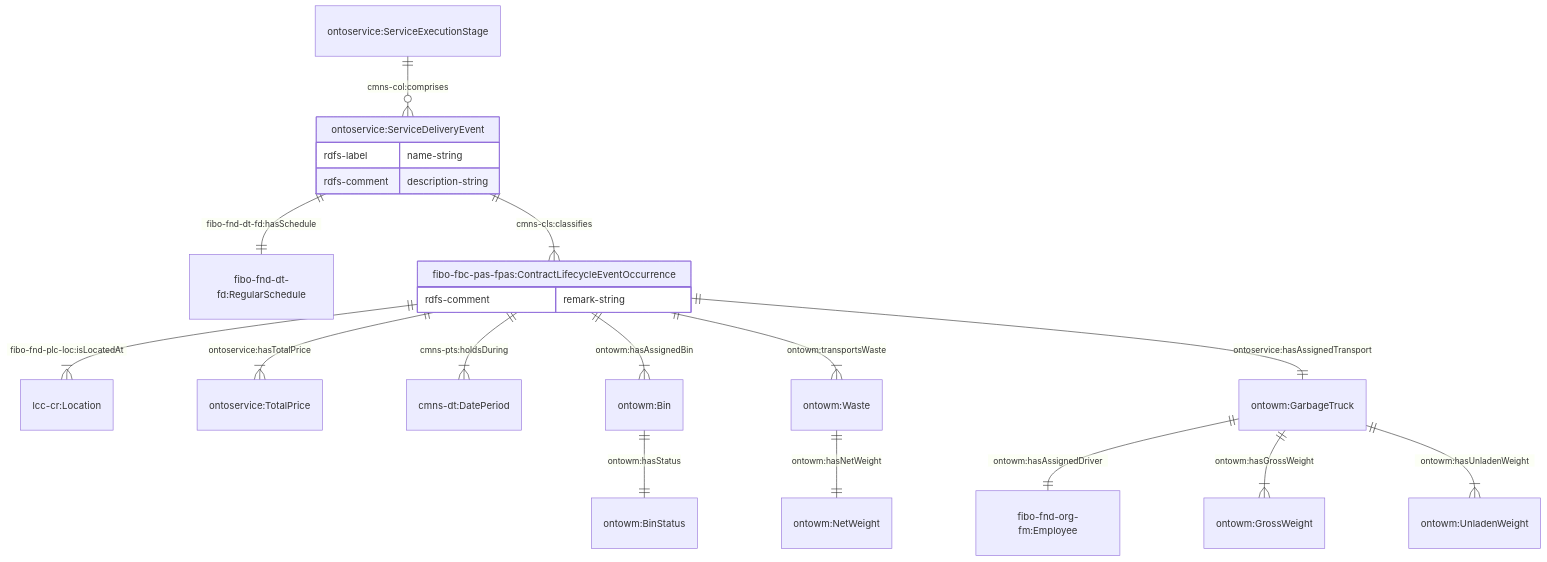
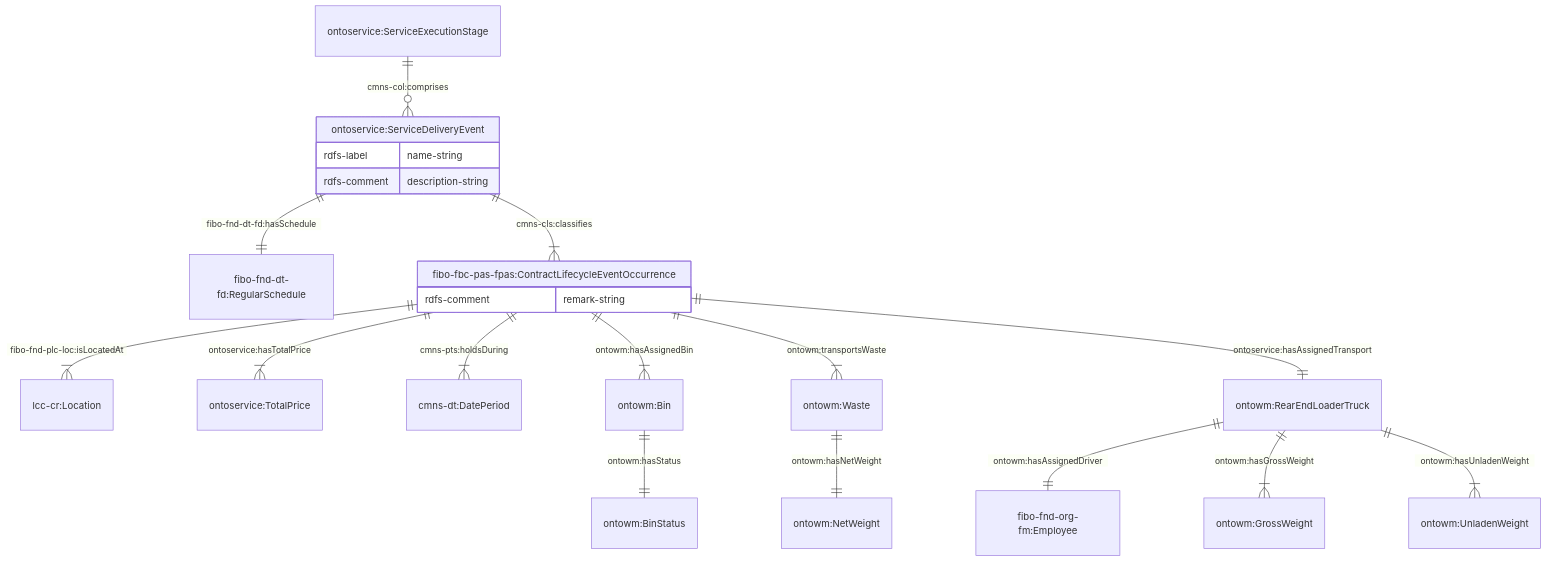
The fourth of 9 diagrams in JPS_Ontology/ontology/ontowastemanagement/README.md (cambridge-cares/TheWorldAvatar), drawn with Mermaid before and after one commit. The commit also changed other lines of this file and 2 other files, not shown here.

Commit message:
dev-ontowastemanagement: Changed description of bin length and truck according to comments

````diff
--- a/JPS_Ontology/ontology/ontowastemanagement/README.md
+++ b/JPS_Ontology/ontology/ontowastemanagement/README.md
@@ -213,28 +213,27 @@
 ```mermaid
     erDiagram
     "ontoservice:ServiceExecutionStage" ||--o{ "ontoservice:ServiceDeliveryEvent" : "cmns-col:comprises"
     "ontoservice:ServiceDeliveryEvent" {
         rdfs-label name-string
         rdfs-comment description-string
     }
     "ontoservice:ServiceDeliveryEvent" ||--|| "fibo-fnd-dt-fd:RegularSchedule" : "fibo-fnd-dt-fd:hasSchedule"
     "ontoservice:ServiceDeliveryEvent" ||--|{ "fibo-fbc-pas-fpas:ContractLifecycleEventOccurrence" : "cmns-cls:classifies"
     "fibo-fbc-pas-fpas:ContractLifecycleEventOccurrence" ||--|{ "lcc-cr:Location" : "fibo-fnd-plc-loc:isLocatedAt"
     "fibo-fbc-pas-fpas:ContractLifecycleEventOccurrence" ||--|{ "ontoservice:TotalPrice" : "ontoservice:hasTotalPrice"
     "fibo-fbc-pas-fpas:ContractLifecycleEventOccurrence" ||--|{ " cmns-dt:DatePeriod" : "cmns-pts:holdsDuring"
     "fibo-fbc-pas-fpas:ContractLifecycleEventOccurrence" {
         rdfs-comment remark-string
     }
 
     "fibo-fbc-pas-fpas:ContractLifecycleEventOccurrence" ||--|{ "ontowm:Bin" : "ontowm:hasAssignedBin"
     "ontowm:Bin" ||--|| "ontowm:BinStatus" : "ontowm:hasStatus"
 
     "fibo-fbc-pas-fpas:ContractLifecycleEventOccurrence" ||--|{ "ontowm:Waste" : "ontowm:transportsWaste"
     "ontowm:Waste" ||--|| "ontowm:NetWeight" : "ontowm:hasNetWeight"
 
-    "fibo-fbc-pas-fpas:ContractLifecycleEventOccurrence" ||--|| "ontowm:GarbageTruck" : "ontoservice:hasAssignedTransport"
-    "ontowm:GarbageTruck" ||--|| "fibo-fnd-org-fm:Employee" : "ontowm:hasAssignedDriver"
-    "ontowm:GarbageTruck" ||--|{ "ontowm:GrossWeight" : "ontowm:hasGrossWeight"
-    "ontowm:GarbageTruck" ||--|{ "ontowm:UnladenWeight" : "ontowm:hasUnladenWeight"
-
+    "fibo-fbc-pas-fpas:ContractLifecycleEventOccurrence" ||--|| "ontowm:RearEndLoaderTruck" : "ontoservice:hasAssignedTransport"
+    "ontowm:RearEndLoaderTruck" ||--|| "fibo-fnd-org-fm:Employee" : "ontowm:hasAssignedDriver"
+    "ontowm:RearEndLoaderTruck" ||--|{ "ontowm:GrossWeight" : "ontowm:hasGrossWeight"
+    "ontowm:RearEndLoaderTruck" ||--|{ "ontowm:UnladenWeight" : "ontowm:hasUnladenWeight"
 ```
````
